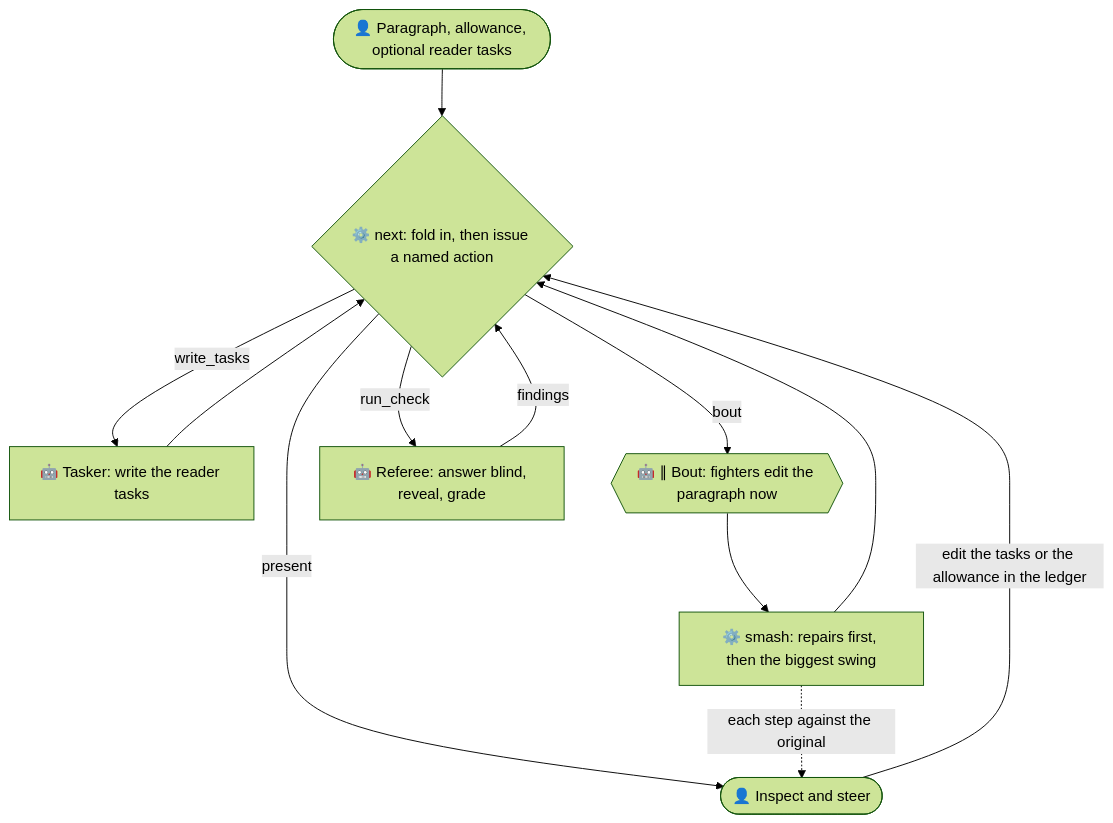
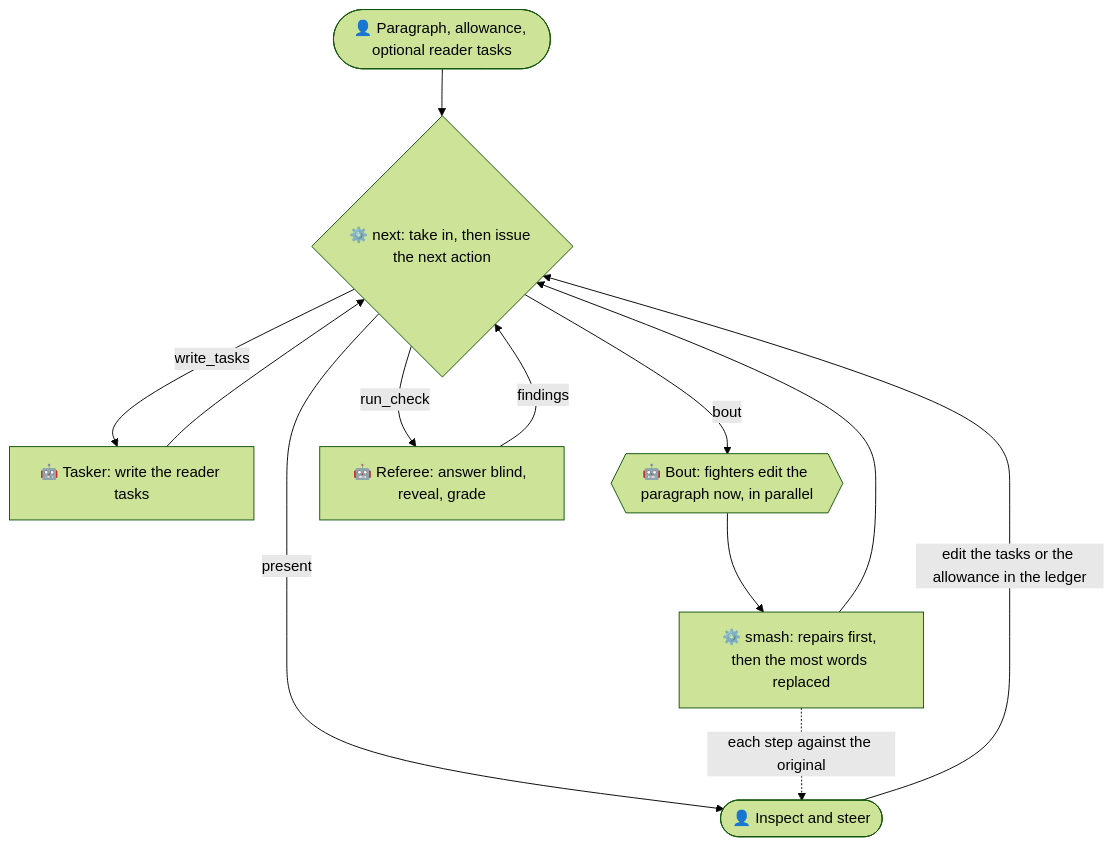
Before and after one commit to mehrlander/web-tools: the diagram in python/swarm/README.md, drawn with Mermaid (forest theme). The commit also changed other lines of this file and 2 other files, not shown here.

````diff
--- a/python/swarm/README.md
+++ b/python/swarm/README.md
@@ -54,17 +58,17 @@
 ```mermaid
 flowchart TD
     H0(["👤 Paragraph, allowance, optional reader tasks"])
-    C{"⚙️ next: fold in, then issue a named action"}
+    C{"⚙️ next: take in, then issue the next action"}
     K["🤖 Tasker: write the reader tasks"]
-    B{{"🤖 ∥ Bout: fighters edit the paragraph now"}}
-    X["⚙️ smash: repairs first, then the biggest swing"]
+    B{{"🤖 Bout: fighters edit the paragraph now, in parallel"}}
+    X["⚙️ smash: repairs first, then the most words replaced"]
     T["🤖 Referee: answer blind, reveal, grade"]
     H(["👤 Inspect and steer"])
     H0 --> C
     C -->|"write_tasks"| K --> C
     C -->|"bout"| B --> X --> C
     C -->|"run_check"| T -->|"findings"| C
     C -->|"present"| H
     H -->|"edit the tasks or the allowance in the ledger"| C
     X -.->|"each step against the original"| H
 ```
````
